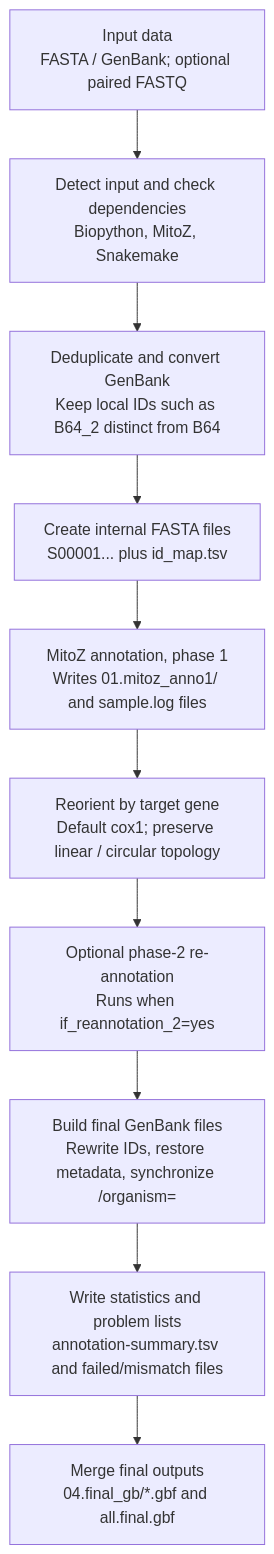
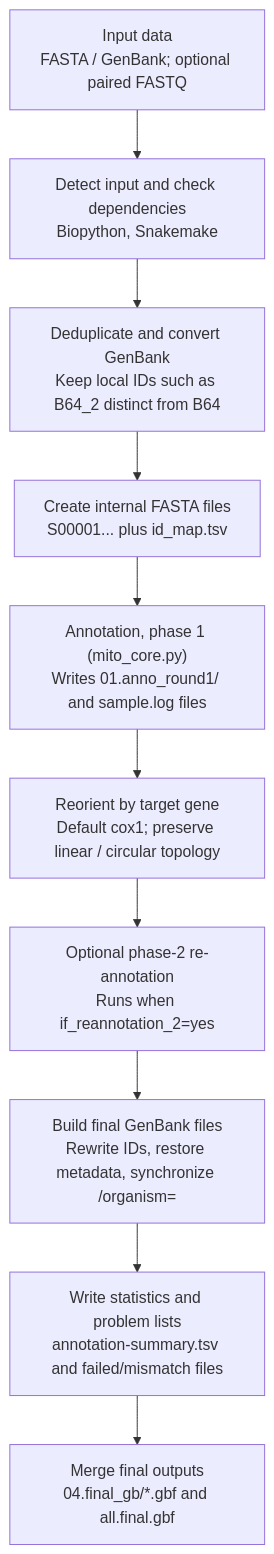
Before and after one commit to deyuanyang92-dev/Mitom: the diagram in docs/flowcharts/batch_mitoz_workflow.en.mmd, drawn with Mermaid. The commit also changed 29 other files, not shown here.

```diff
--- a/docs/flowcharts/batch_mitoz_workflow.en.mmd
+++ b/docs/flowcharts/batch_mitoz_workflow.en.mmd
@@ -1,13 +1,13 @@
 flowchart TD
     A["Input data<br/>FASTA / GenBank; optional paired FASTQ"]
-    B["Detect input and check dependencies<br/>Biopython, MitoZ, Snakemake"]
+    B["Detect input and check dependencies<br/>Biopython, Snakemake"]
     C["Deduplicate and convert GenBank<br/>Keep local IDs such as B64_2 distinct from B64"]
     D["Create internal FASTA files<br/>S00001... plus id_map.tsv"]
-    E["MitoZ annotation, phase 1<br/>Writes 01.mitoz_anno1/ and sample.log files"]
+    E["Annotation, phase 1 (mito_core.py)<br/>Writes 01.anno_round1/ and sample.log files"]
     F["Reorient by target gene<br/>Default cox1; preserve linear / circular topology"]
     G["Optional phase-2 re-annotation<br/>Runs when if_reannotation_2=yes"]
     H["Build final GenBank files<br/>Rewrite IDs, restore metadata, synchronize /organism="]
     I["Write statistics and problem lists<br/>annotation-summary.tsv and failed/mismatch files"]
     J["Merge final outputs<br/>04.final_gb/*.gbf and all.final.gbf"]
 
     A --> B --> C --> D --> E --> F --> G --> H --> I --> J
```
